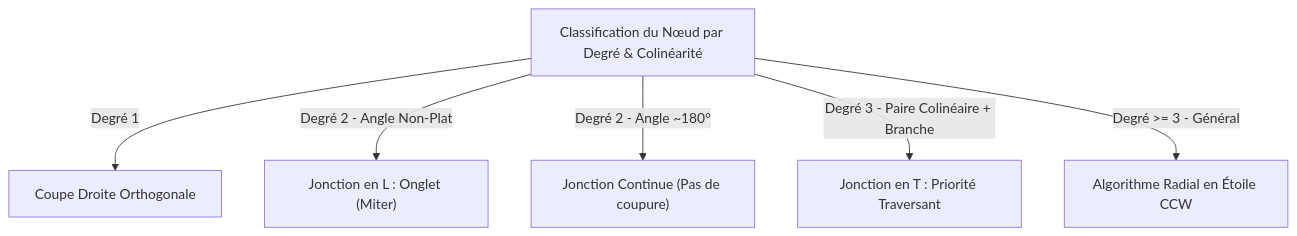
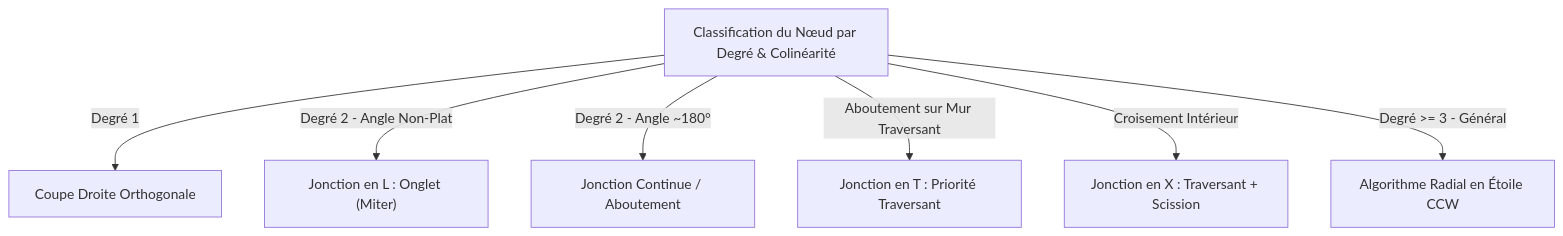
The first of 2 diagrams in GEOMETRY_SPEC.md (mouridoullah/mini-Revit), drawn with Mermaid before and after one commit. The commit also changed other lines of this file and 19 other files, not shown here.

````diff
--- a/GEOMETRY_SPEC.md
+++ b/GEOMETRY_SPEC.md
@@ -229,9 +229,10 @@
 ```mermaid
 flowchart TD
     NodeClassification["Classification du Nœud par Degré & Colinéarité"]
     NodeClassification -->|Degré 1| EndCap["Coupe Droite Orthogonale"]
     NodeClassification -->|Degré 2 - Angle Non-Plat| LJoin["Jonction en L : Onglet (Miter)"]
-    NodeClassification -->|Degré 2 - Angle ~180°| CollinearJoin["Jonction Continue (Pas de coupure)"]
-    NodeClassification -->|Degré 3 - Paire Colinéaire + Branche| TJoin["Jonction en T : Priorité Traversant"]
+    NodeClassification -->|Degré 2 - Angle ~180°| CollinearJoin["Jonction Continue / Aboutement"]
+    NodeClassification -->|Aboutement sur Mur Traversant| TJoin["Jonction en T : Priorité Traversant"]
+    NodeClassification -->|Croisement Intérieur| XJoin["Jonction en X : Traversant + Scission"]
     NodeClassification -->|Degré >= 3 - Général| StarJoin["Algorithme Radial en Étoile CCW"]
 ```
````
